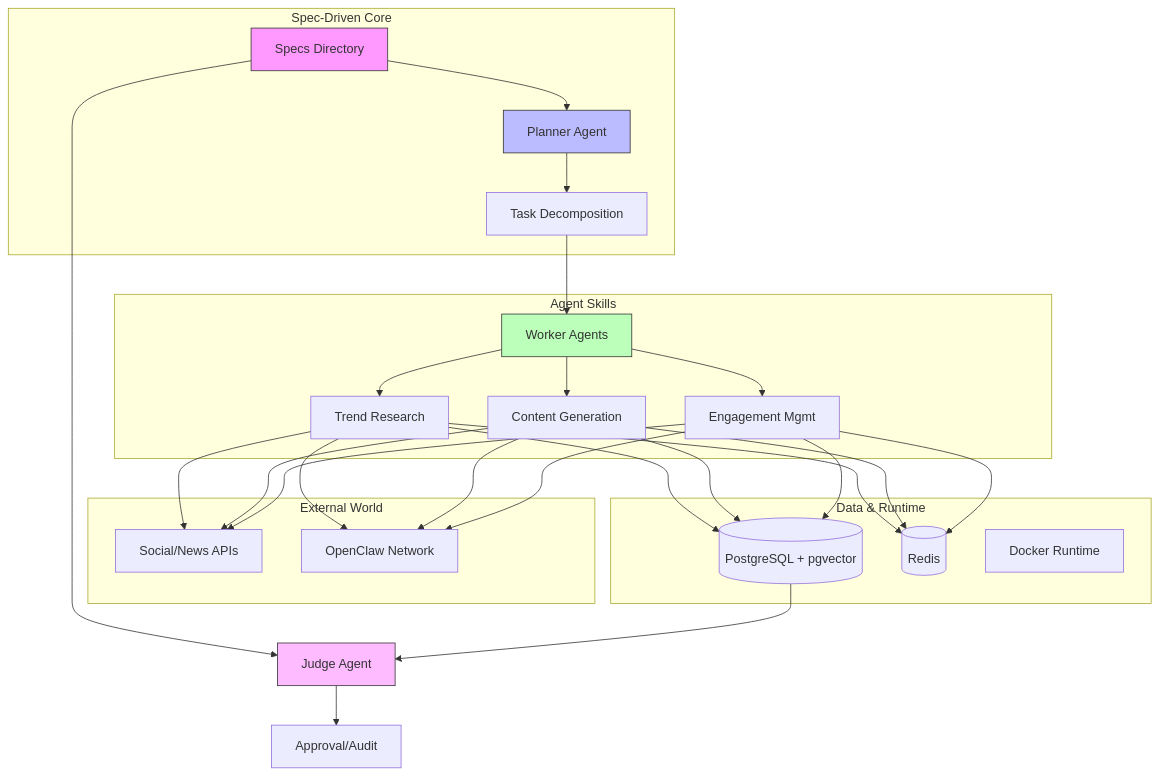
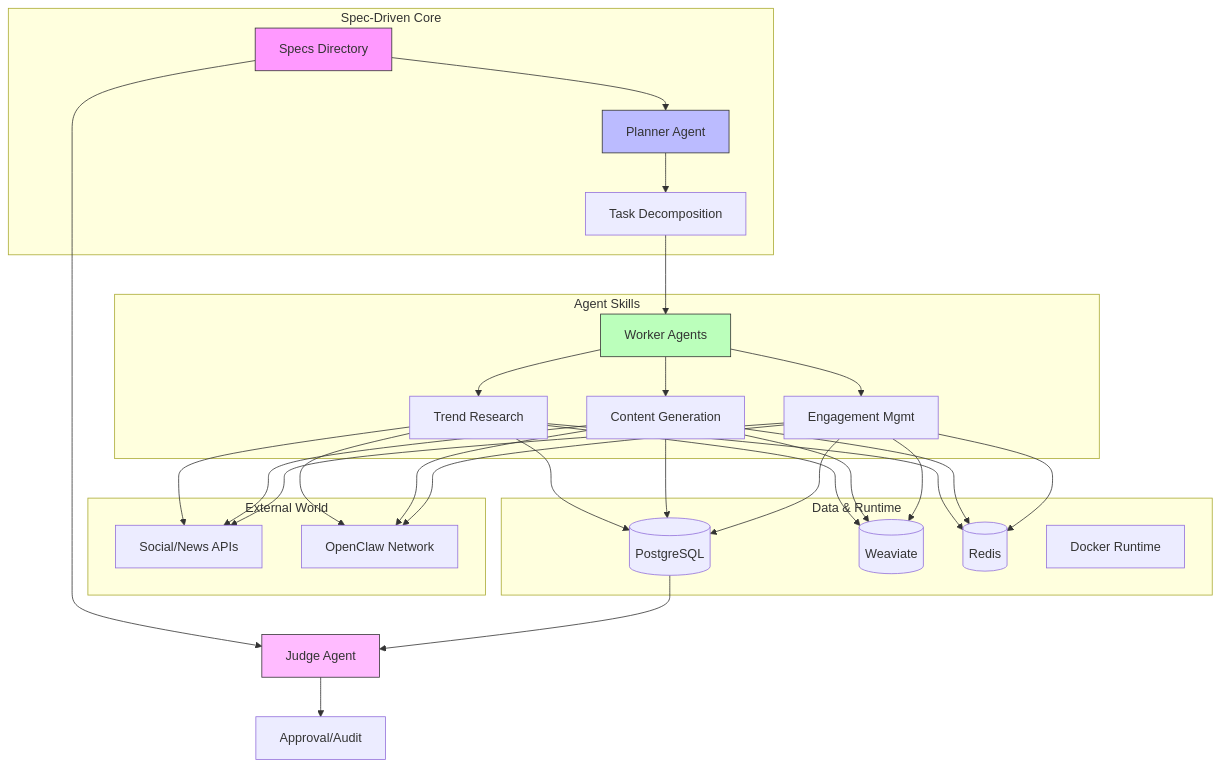
One commit to habeneyasu/chimera-factory changed the diagram in README.md. Above: the diagram before and after it, drawn with Mermaid. The commit also changed other lines of this file and 6 other files, not shown here.

First line of the commit message:
fix: replace pgvector with Weaviate, improve exception handling, update CI/CD

````diff
--- a/README.md
+++ b/README.md
@@ -70,38 +71,39 @@
 ```mermaid
 graph TB
     subgraph "Spec-Driven Core"
         S[Specs Directory] --> P[Planner Agent];
         P --> T[Task Decomposition];
     end
 
     T --> W[Worker Agents];
     
     subgraph "Agent Skills"
         W --> R[Trend Research];
         W --> G[Content Generation];
         W --> E[Engagement Mgmt];
     end
 
     subgraph "External World"
         API[Social/News APIs];
         OC[OpenClaw Network];
     end
 
     subgraph "Data & Runtime"
-        DB[(PostgreSQL + pgvector)];
+        DB[(PostgreSQL)];
+        VEC[(Weaviate)];
         KV[(Redis)];
         DOCKER[Docker Runtime];
     end
 
     R & G & E --> API & OC;
-    R & G & E --> DB & KV;
+    R & G & E --> DB & VEC & KV;
     
     S --> J[Judge Agent];
     DB --> J;
     J --> A[Approval/Audit];
 
     style S fill:#f9f,stroke:#333
     style P fill:#bbf,stroke:#333
     style W fill:#bfb,stroke:#333
     style J fill:#fbf,stroke:#333
 ```
````
